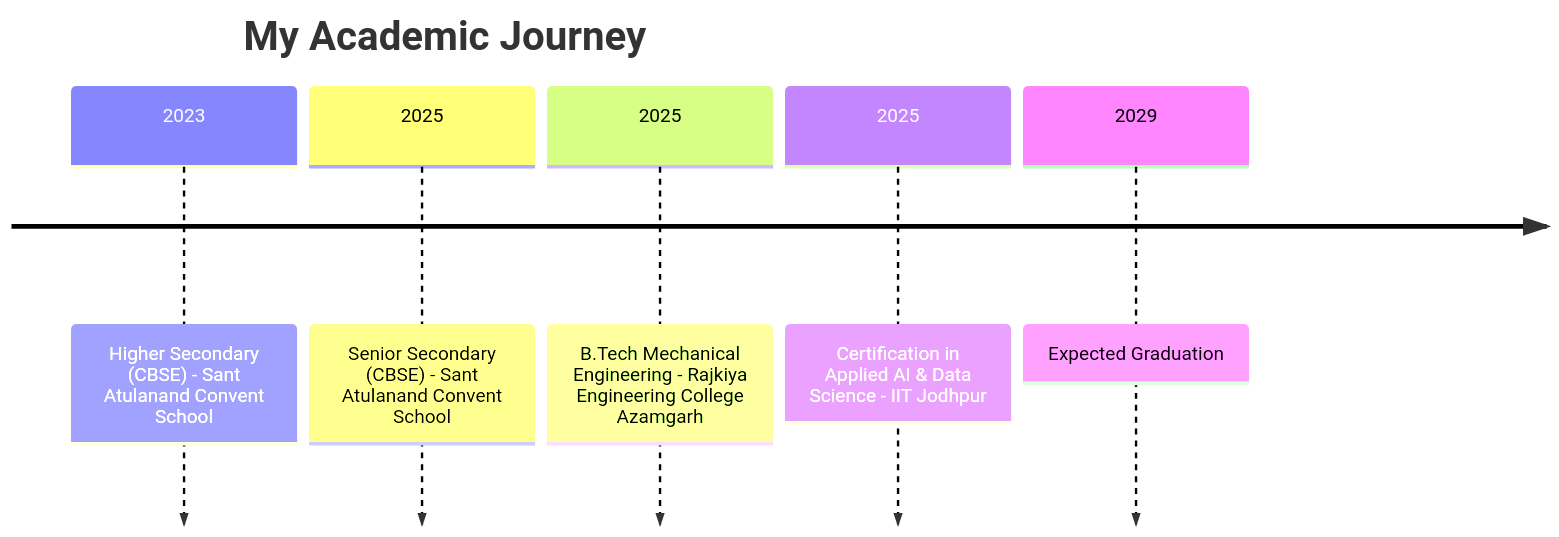
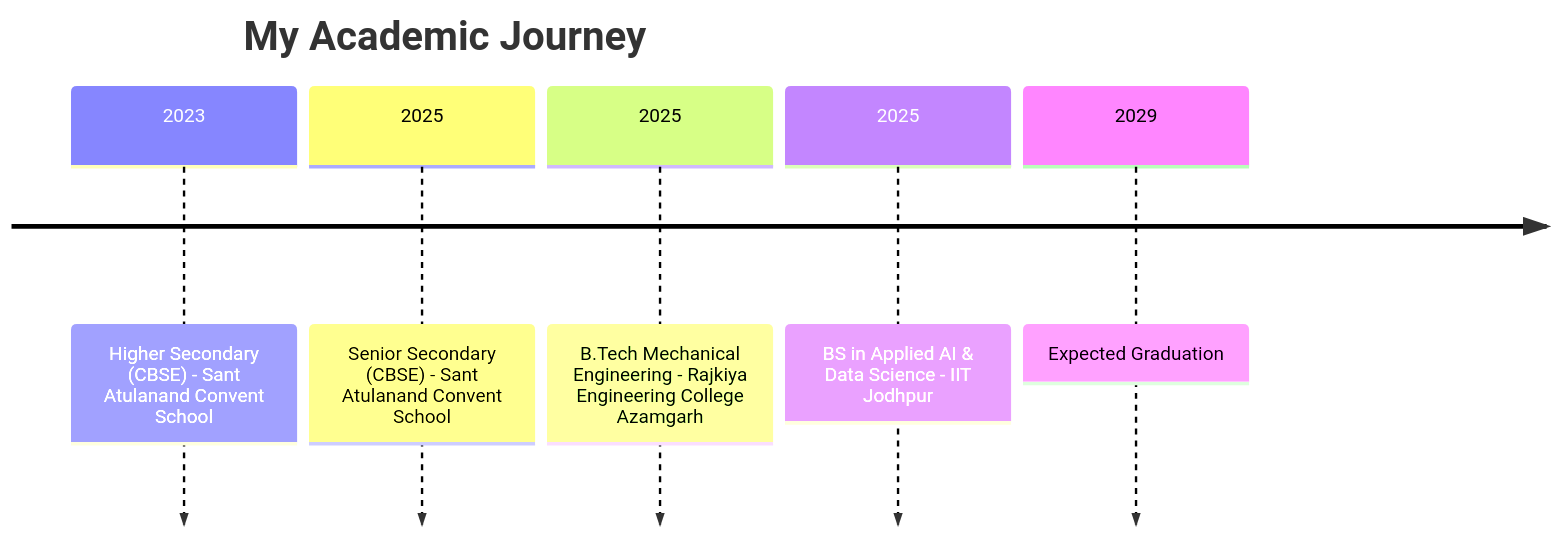
Before and after one commit to avxsharma-glitch/avxsharma-glitch: the diagram in README.md, drawn with Mermaid.

````diff
--- a/README.md
+++ b/README.md
@@ -50,9 +50,9 @@
 ```mermaid
 timeline
     title My Academic Journey
     2023 : Higher Secondary (CBSE) - Sant Atulanand Convent School
     2025 : Senior Secondary (CBSE) - Sant Atulanand Convent School
     2025 : B.Tech Mechanical Engineering - Rajkiya Engineering College Azamgarh
-    2025 : Certification in Applied AI & Data Science - IIT Jodhpur 
+    2025 : BS in Applied AI & Data Science - IIT Jodhpur 
     2029 : Expected Graduation
 ```
````
